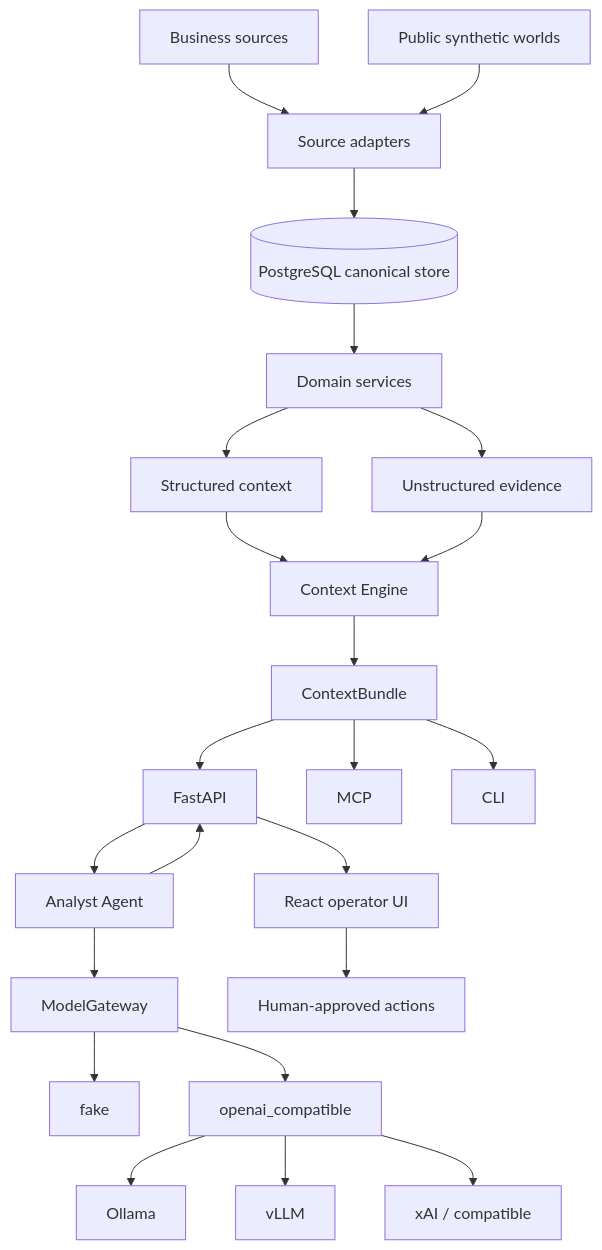
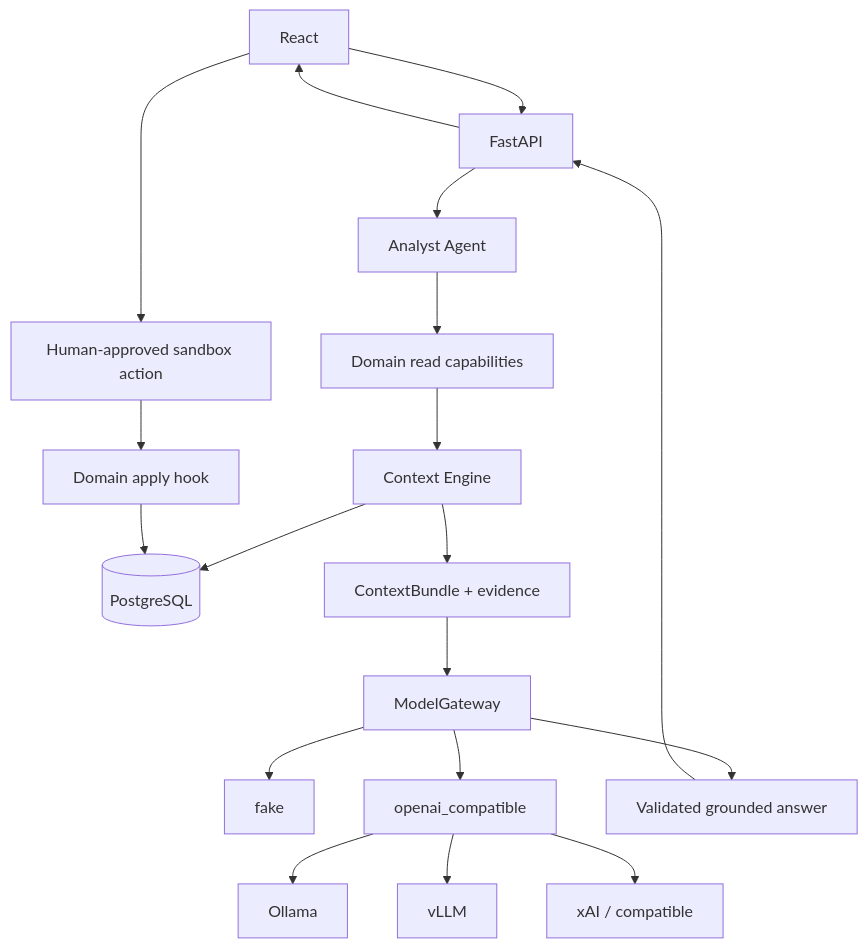
Before and after one commit to sebmvp/commerce-data-platform: the first of 6 diagrams in ARCHITECTURE.md, drawn with Mermaid. The commit also changed other lines of this file and 76 other files, not shown here.

First line of the commit message:
Make the AI runtime domain-neutral and polish the operator UI.

````diff
--- a/ARCHITECTURE.md
+++ b/ARCHITECTURE.md
@@ -15,25 +15,21 @@
 ```mermaid
 flowchart TD
-  sources[Business sources] --> adapters[Source adapters]
-  synth[Public synthetic worlds] --> adapters
-  adapters --> pg[(PostgreSQL canonical store)]
-  pg --> services[Domain services]
-  services --> structured[Structured context]
-  services --> search[Unstructured evidence]
-  structured --> engine[Context Engine]
-  search --> engine
-  engine --> bundle[ContextBundle]
-  bundle --> api[FastAPI]
-  bundle --> mcp[MCP]
-  bundle --> cli[CLI]
-  api --> ui[React operator UI]
-  api --> analyst[Analyst Agent]
-  analyst --> gateway[ModelGateway]
+  react[React] --> fastapi[FastAPI]
+  fastapi --> analyst[Analyst Agent]
+  analyst --> tools[Domain read capabilities]
+  tools --> engine[Context Engine]
+  engine --> pg[(PostgreSQL)]
+  engine --> bundle[ContextBundle + evidence]
+  bundle --> gateway[ModelGateway]
   gateway --> fake[fake]
   gateway --> oai[openai_compatible]
   oai --> ollama[Ollama]
   oai --> vllm[vLLM]
   oai --> xai[xAI / compatible]
-  analyst --> api
-  ui --> human[Human-approved actions]
+  gateway --> grounded[Validated grounded answer]
+  grounded --> fastapi
+  fastapi --> react
+  react --> human[Human-approved sandbox action]
+  human --> apply[Domain apply hook]
+  apply --> pg
 ```
````
